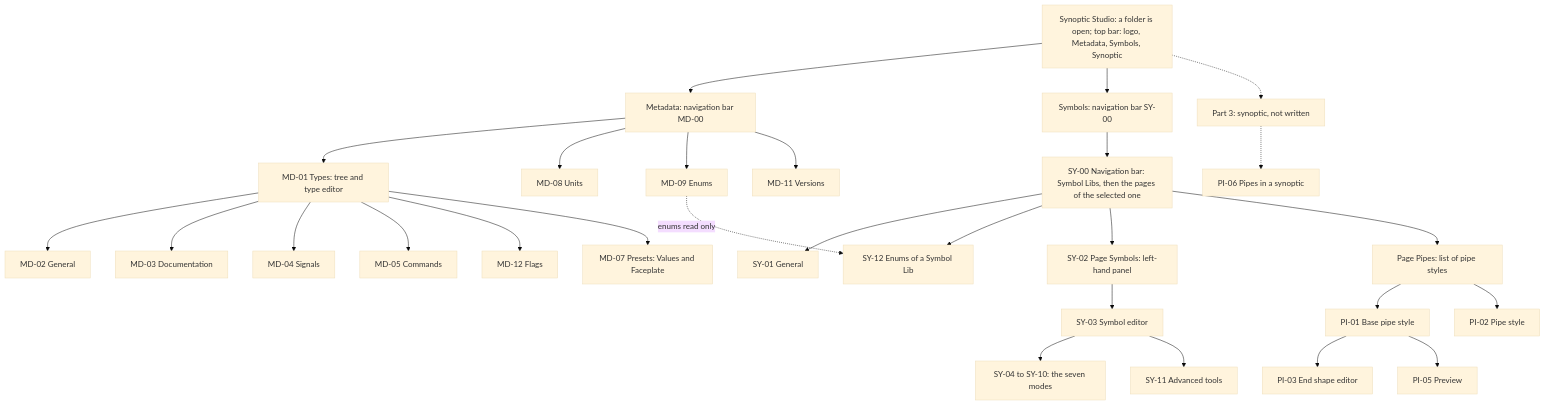
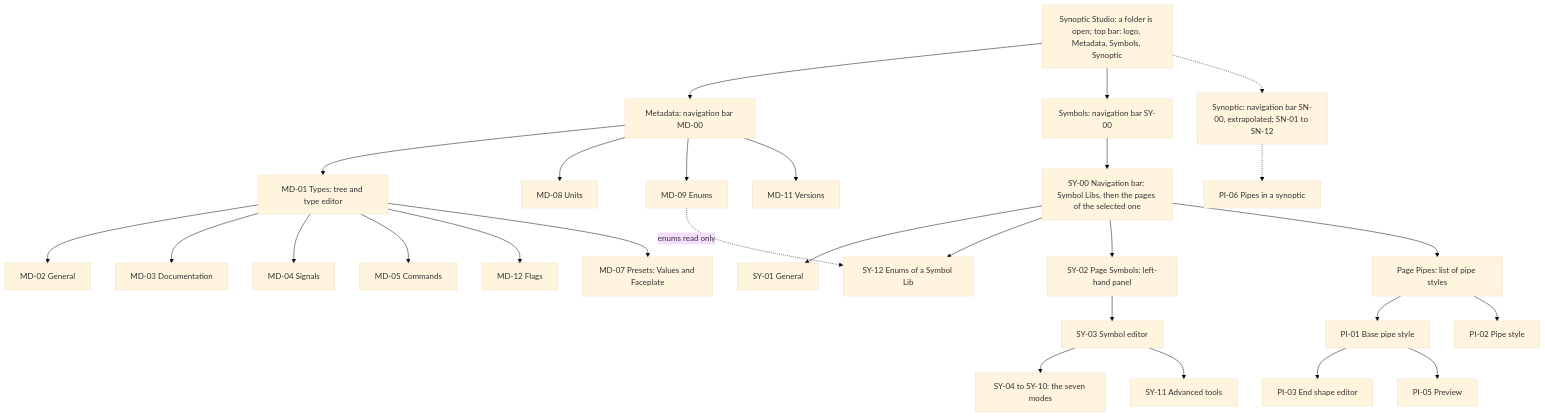
The sixth of 6 diagrams in screens/README.md (AlexandreGallais/synoptic-studio-spec), drawn with Mermaid (base theme) before and after one commit. The commit also changed other lines of this file and 17 other files, not shown here.

First line of the commit message:
docs(synoptics): extrapolate the synoptic part and its screens

````diff
--- a/screens/README.md
+++ b/screens/README.md
@@ -196,32 +198,32 @@
 ```mermaid
 flowchart TD
     APP["Synoptic Studio: a folder is open; top bar: logo, Metadata, Symbols, Synoptic"] --> MD["Metadata: navigation bar MD-00"]
     APP --> SY["Symbols: navigation bar SY-00"]
-    APP -.-> P3["Part 3: synoptic, not written"]
+    APP -.-> P3["Synoptic: navigation bar SN-00, extrapolated; SN-01 to SN-12"]
 
     MD --> MD01["MD-01 Types: tree and type editor"]
     MD01 --> MD02["MD-02 General"]
     MD01 --> MD03["MD-03 Documentation"]
     MD01 --> MD04["MD-04 Signals"]
     MD01 --> MD05["MD-05 Commands"]
     MD01 --> MD12["MD-12 Flags"]
     MD01 --> MD07["MD-07 Presets: Values and Faceplate"]
     MD --> MD08["MD-08 Units"]
     MD --> MD09["MD-09 Enums"]
     MD --> MD11["MD-11 Versions"]
 
     SY --> SY00["SY-00 Navigation bar: Symbol Libs, then the pages of the selected one"]
     SY00 --> SY01["SY-01 General"]
     SY00 --> SY12["SY-12 Enums of a Symbol Lib"]
     SY00 --> SY02["SY-02 Page Symbols: left-hand panel"]
     SY00 --> SYP["Page Pipes: list of pipe styles"]
     SY02 --> SY03["SY-03 Symbol editor"]
     SY03 --> SY04["SY-04 to SY-10: the seven modes"]
     SY03 --> SY11["SY-11 Advanced tools"]
     MD09 -.->|"enums read only"| SY12
     SYP --> PI01["PI-01 Base pipe style"]
     SYP --> PI02["PI-02 Pipe style"]
     PI01 --> PI03["PI-03 End shape editor"]
     PI01 --> PI05["PI-05 Preview"]
     P3 -.-> PI06["PI-06 Pipes in a synoptic"]
 ```
````
